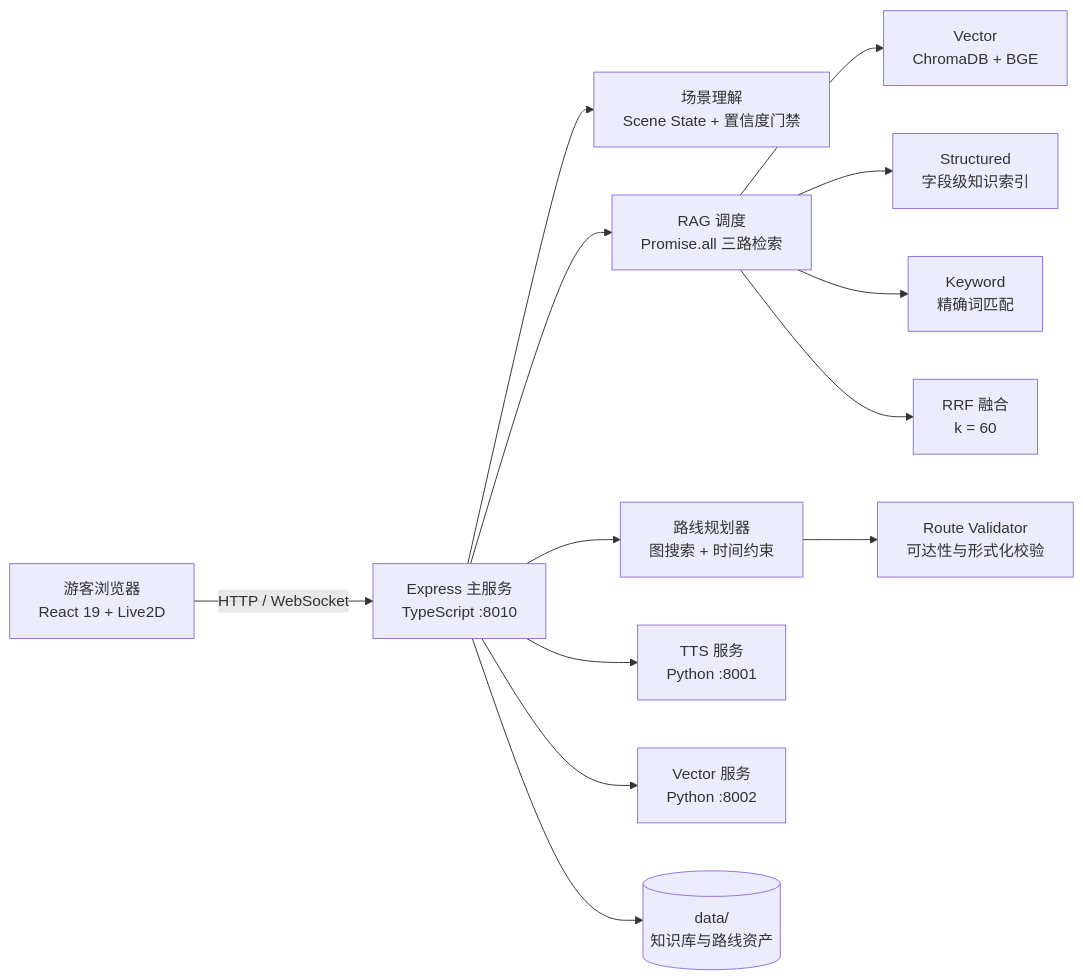
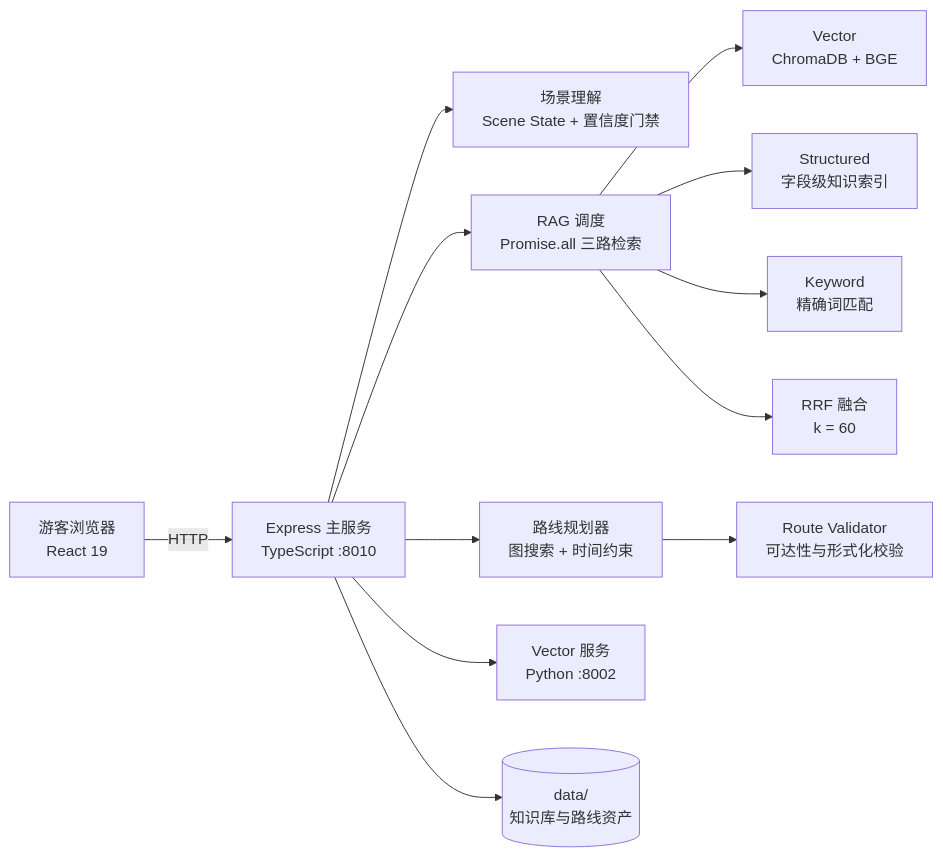
The diagram in README.md (Mao123-doc/lingshan-ai-guide), drawn with Mermaid before and after one commit. The commit also changed other lines of this file and 267 other files, not shown here.

````diff
--- a/README.md
+++ b/README.md
@@ -39,15 +45,14 @@
 ```mermaid
 flowchart LR
-    U[游客浏览器\nReact 19 + Live2D] -->|HTTP / WebSocket| A[Express 主服务\nTypeScript :8010]
+    U[游客浏览器\nReact 19] -->|HTTP| A[Express 主服务\nTypeScript :8010]
     A --> Q[场景理解\nScene State + 置信度门禁]
     A --> R[RAG 调度\nPromise.all 三路检索]
     R --> V[Vector\nChromaDB + BGE]
     R --> S[Structured\n字段级知识索引]
     R --> K[Keyword\n精确词匹配]
     R --> F[RRF 融合\nk = 60]
     A --> P[路线规划器\n图搜索 + 时间约束]
     P --> C[Route Validator\n可达性与形式化校验]
-    A --> T[TTS 服务\nPython :8001]
     A --> X[Vector 服务\nPython :8002]
     A --> D[(data/\n知识库与路线资产)]
 ```
````
